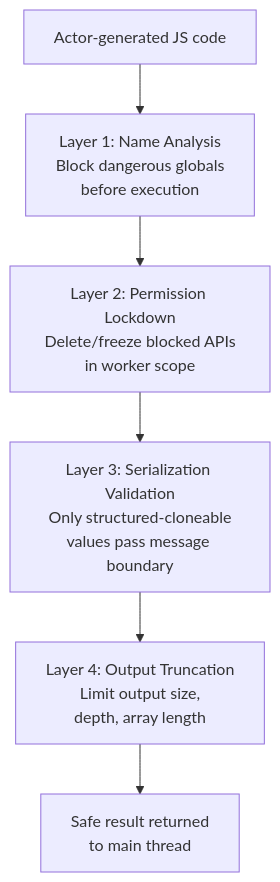
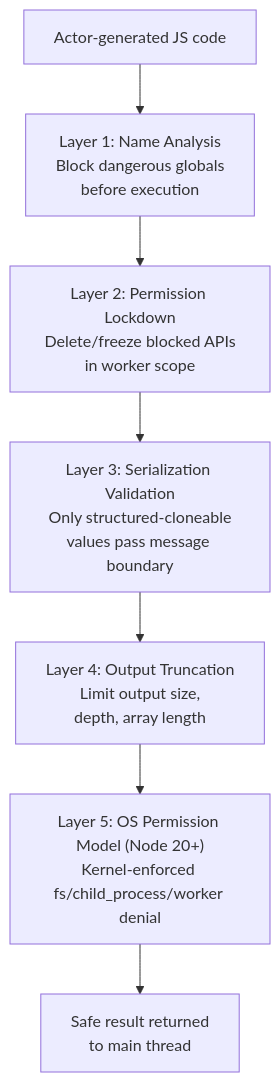
Before and after one commit to itsbrex/LiveAI: the ninth of 9 diagrams in src/ax/docs/axagent-rlm.md, drawn with Mermaid. The commit also changed other lines of this file and 10 other files, not shown here.

Commit message:
feat: node thread worker security upgrades

````diff
--- a/src/ax/docs/axagent-rlm.md
+++ b/src/ax/docs/axagent-rlm.md
@@ -649,8 +649,9 @@
 ```mermaid
 flowchart TD
     Code["Actor-generated JS code"] --> Layer1["Layer 1: Name Analysis\nBlock dangerous globals\nbefore execution"]
     Layer1 --> Layer2["Layer 2: Permission Lockdown\nDelete/freeze blocked APIs\nin worker scope"]
     Layer2 --> Layer3["Layer 3: Serialization Validation\nOnly structured-cloneable\nvalues pass message boundary"]
     Layer3 --> Layer4["Layer 4: Output Truncation\nLimit output size,\ndepth, array length"]
-    Layer4 --> Safe["Safe result returned\nto main thread"]
+    Layer4 --> Layer5["Layer 5: OS Permission Model (Node 20+)\nKernel-enforced fs/child_process/worker denial"]
+    Layer5 --> Safe["Safe result returned\nto main thread"]
 ```
````
